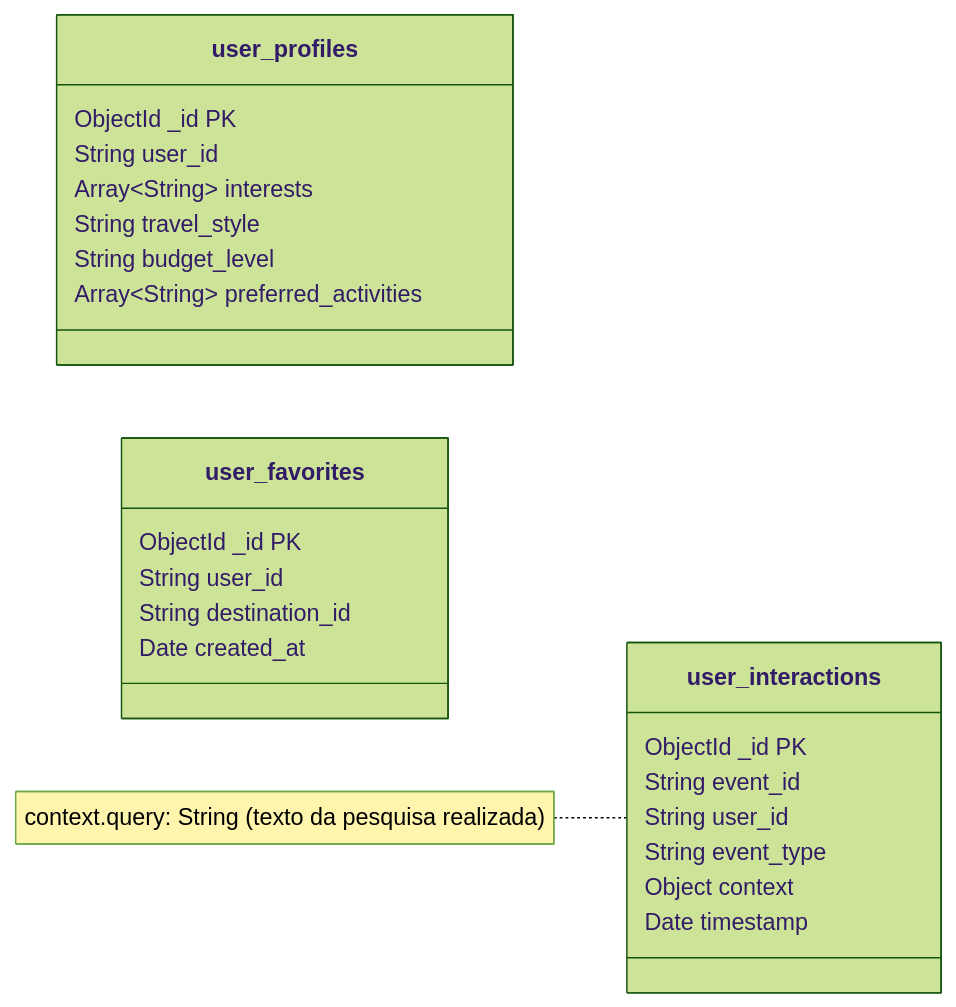
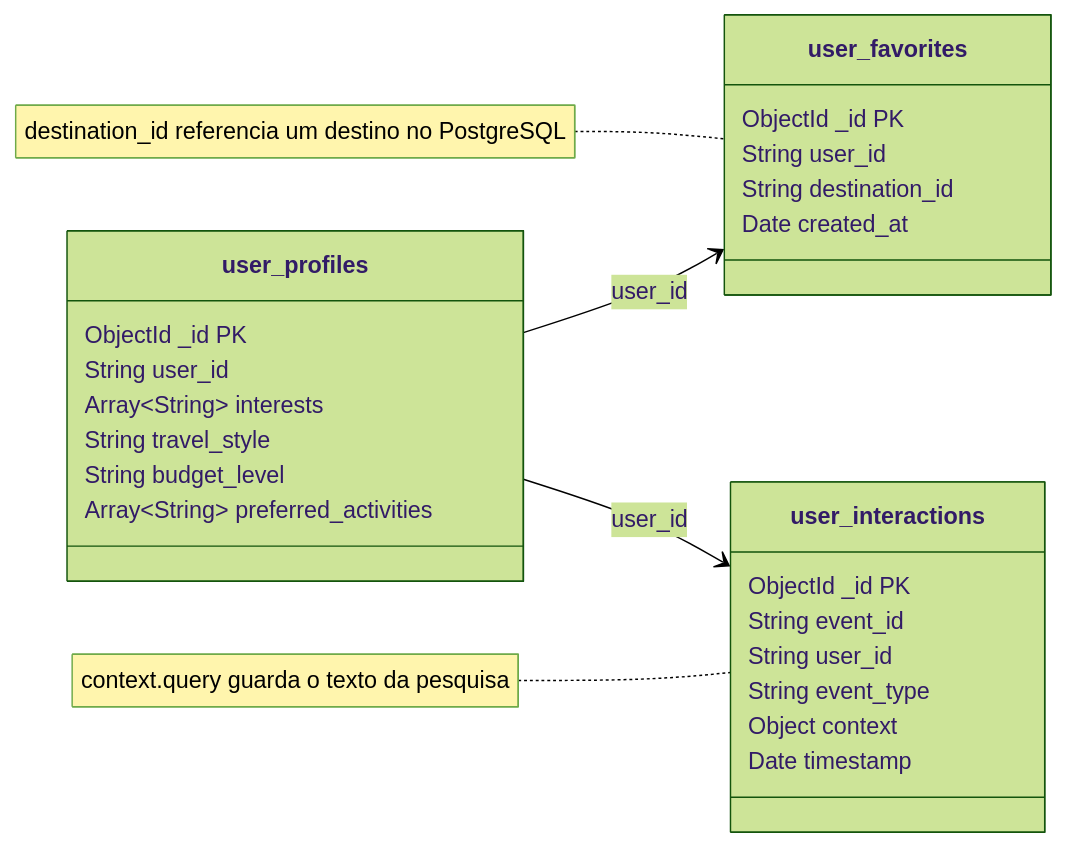
One commit to 1231478-Ellah-Fleischmann/Class-M1A_Group-10-TABDD changed the diagram in docs/parte1/nosql_cm.md. Above: the diagram before and after it, drawn with Mermaid (forest theme). The commit also changed other lines of this file, not shown here.

````diff
--- a/docs/parte1/nosql_cm.md
+++ b/docs/parte1/nosql_cm.md
@@ -17,31 +23,35 @@
 ```mermaid
 classDiagram
     direction LR
 
     class user_profiles {
         ObjectId _id PK
         String user_id
         Array~String~ interests
         String travel_style
         String budget_level
         Array~String~ preferred_activities
     }
 
     class user_favorites {
         ObjectId _id PK
         String user_id
         String destination_id
         Date created_at
     }
 
     class user_interactions {
         ObjectId _id PK
         String event_id
         String user_id
         String event_type
         Object context
         Date timestamp
     }
 
-    note for user_interactions "context.query: String (texto da pesquisa realizada)"
+    user_profiles --> user_favorites : user_id
+    user_profiles --> user_interactions : user_id
+
+    note for user_favorites "destination_id referencia um destino no PostgreSQL"
+    note for user_interactions "context.query guarda o texto da pesquisa"
 ```
````
